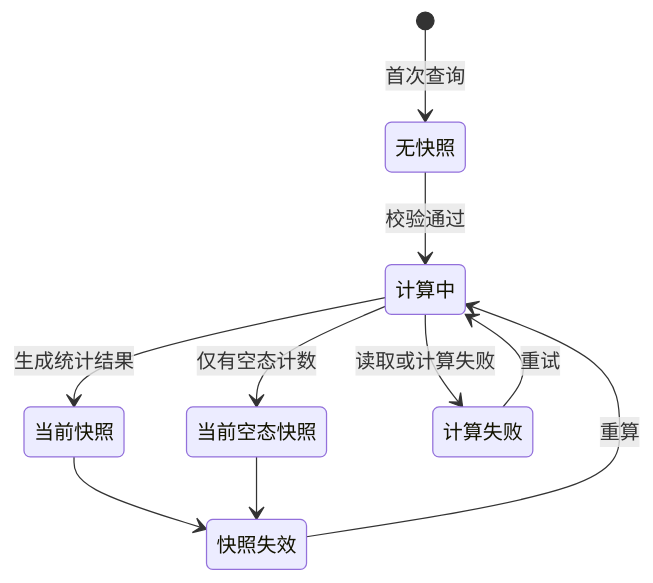
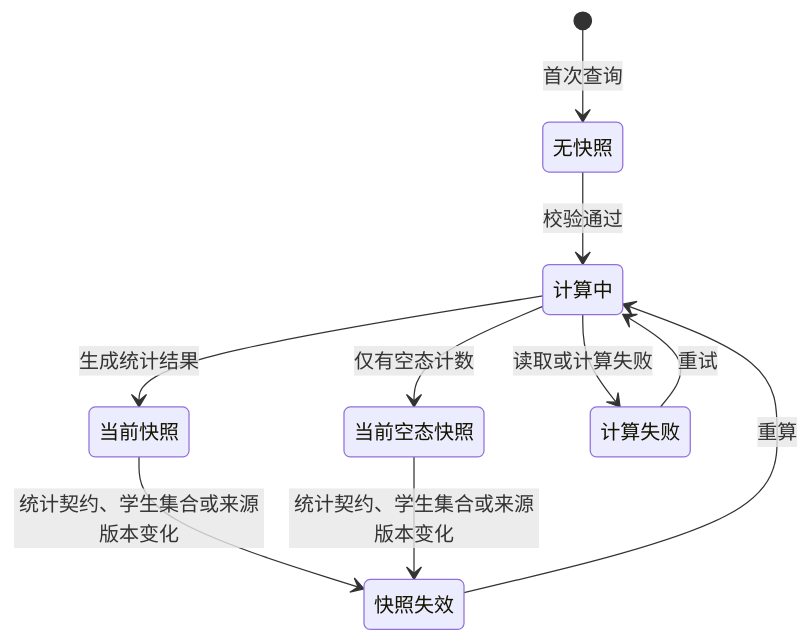
One commit to Cr4zyorange/OnlineJudge changed the diagram in docs/diagrams/grd/fig_3_6_15_grade_analysis_state.mmd. Above: the diagram before and after it, drawn with Mermaid. The commit also changed 8 other files, not shown here.

```diff
--- a/docs/diagrams/grd/fig_3_6_15_grade_analysis_state.mmd
+++ b/docs/diagrams/grd/fig_3_6_15_grade_analysis_state.mmd
@@ -1,18 +1,18 @@
 stateDiagram-v2
   direction TB
   state "无快照" as NO_SNAPSHOT
   state "计算中" as CALCULATING
   state "当前快照" as CURRENT
   state "当前空态快照" as CURRENT_EMPTY
   state "快照失效" as STALE
   state "计算失败" as FAILED
 
   [*] --> NO_SNAPSHOT: 首次查询
   NO_SNAPSHOT --> CALCULATING: 校验通过
   CALCULATING --> CURRENT: 生成统计结果
   CALCULATING --> CURRENT_EMPTY: 仅有空态计数
   CALCULATING --> FAILED: 读取或计算失败
-  CURRENT --> STALE
-  CURRENT_EMPTY --> STALE
+  CURRENT --> STALE: 统计契约、学生集合或来源版本变化
+  CURRENT_EMPTY --> STALE: 统计契约、学生集合或来源版本变化
   STALE --> CALCULATING: 重算
   FAILED --> CALCULATING: 重试
```
